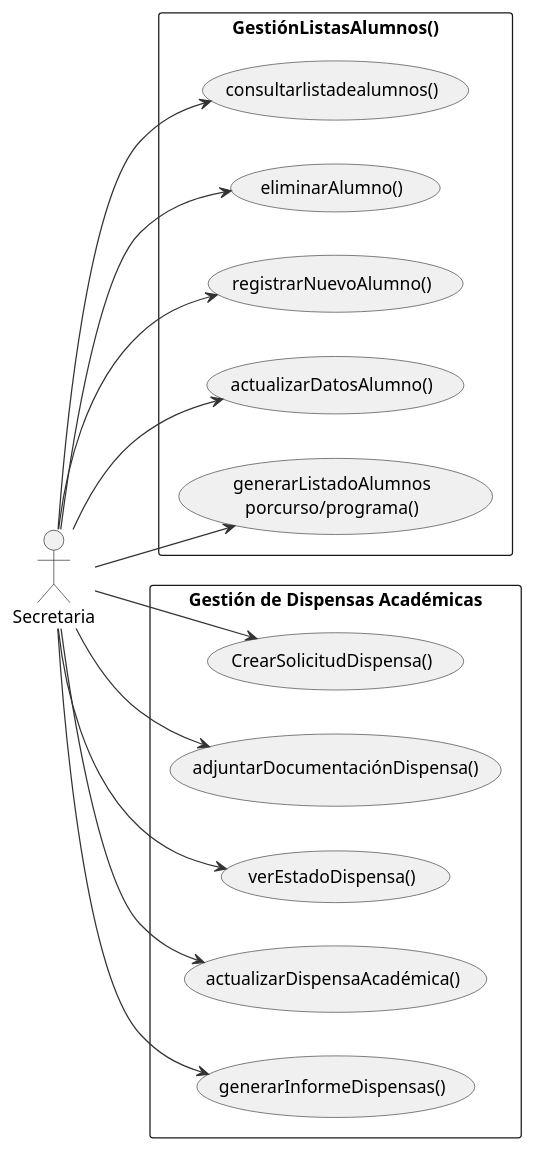
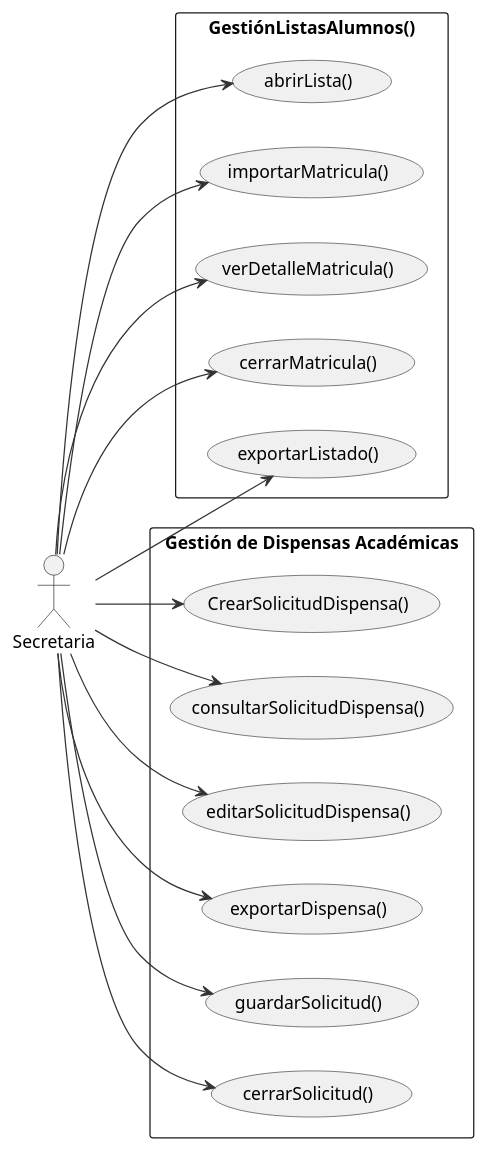
The diagram in documents/CasosDeUso/CasoDeUso/Secretaria/DiagramaCompletoCasoDeUso.puml (enmabry/25-26-IdSw1-SdR), drawn with PlantUML before and after one commit. The commit also changed 44 other files, not shown here.

```diff
--- a/documents/CasosDeUso/CasoDeUso/Secretaria/DiagramaCompletoCasoDeUso.puml
+++ b/documents/CasosDeUso/CasoDeUso/Secretaria/DiagramaCompletoCasoDeUso.puml
@@ -1,41 +1,45 @@
 @startuml
 left to right direction
 skinparam packageStyle rectangle
 skinparam usecase {
   BackgroundColor #F0F0F0
   BorderColor #333
   ArrowColor #333
 }
 
 actor Secretaria
 
 rectangle "GestiónListasAlumnos()" {
-  usecase "consultarlistadealumnos()" as CU01
-  usecase "eliminarAlumno()" as CU02
-  usecase "registrarNuevoAlumno()" as CU03
-  usecase "actualizarDatosAlumno()" as CU04
-  usecase "generarListadoAlumnos\nporcurso/programa()" as CU05
+  usecase "abrirLista()" as CU01
+  usecase "importarMatricula()" as CU02
+  usecase "verDetalleMatricula()" as CU03
+  usecase "cerrarMatricula()" as CU04
+  usecase "exportarListado()" as CU05
 }
 
 
 rectangle "Gestión de Dispensas Académicas" {
   usecase "CrearSolicitudDispensa()" as CU11
-  usecase "adjuntarDocumentaciónDispensa()" as CU12
-  usecase "verEstadoDispensa()" as CU13
-  usecase "actualizarDispensaAcadémica()" as CU14
-  usecase "generarInformeDispensas()" as CU15
+  usecase "consultarSolicitudDispensa()" as CU12
+  usecase "editarSolicitudDispensa()" as CU13
+  usecase "exportarDispensa()" as CU14
+  usecase "guardarSolicitud()" as CU15
+  usecase "cerrarSolicitud()" as CU16
+   
+   
 }
 
 Secretaria --> CU01
 Secretaria --> CU02
 Secretaria --> CU03
 Secretaria --> CU04
 Secretaria --> CU05
 
 Secretaria --> CU11
 Secretaria --> CU12
 Secretaria --> CU13
 Secretaria --> CU14
 Secretaria --> CU15
+Secretaria --> CU16
 
 @enduml
```
